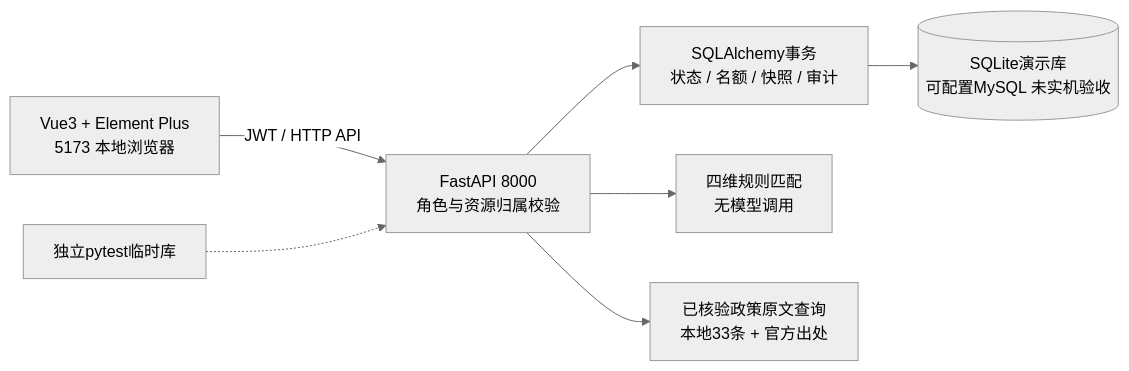
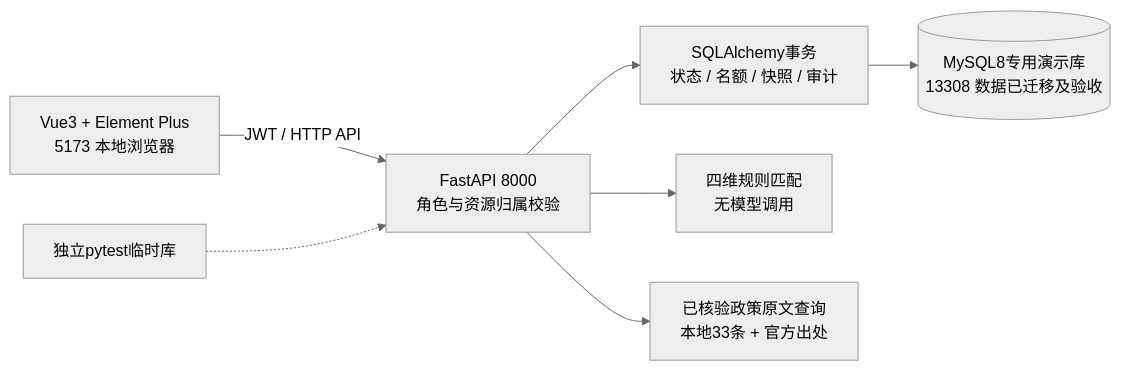
The first of 3 diagrams in docs/thesis-evidence/ARCHITECTURE.md (Fortyone58/---), drawn with Mermaid (neutral theme) before and after one commit. The commit also changed 98 other files, not shown here.

````diff
--- a/docs/thesis-evidence/ARCHITECTURE.md
+++ b/docs/thesis-evidence/ARCHITECTURE.md
@@ -3,9 +3,9 @@
 ```mermaid
 flowchart LR
   B[Vue3 + Element Plus\n5173 本地浏览器] -->|JWT / HTTP API| F[FastAPI 8000\n角色与资源归属校验]
   F --> T[SQLAlchemy事务\n状态 / 名额 / 快照 / 审计]
-  T --> D[(SQLite演示库\n可配置MySQL 未实机验收)]
+  T --> D[(MySQL8专用演示库\n13308 数据已迁移及验收)]
   F --> M[四维规则匹配\n无模型调用]
   F --> P[已核验政策原文查询\n本地33条 + 官方出处]
   R[独立pytest临时库] -.-> F
 ```
````
